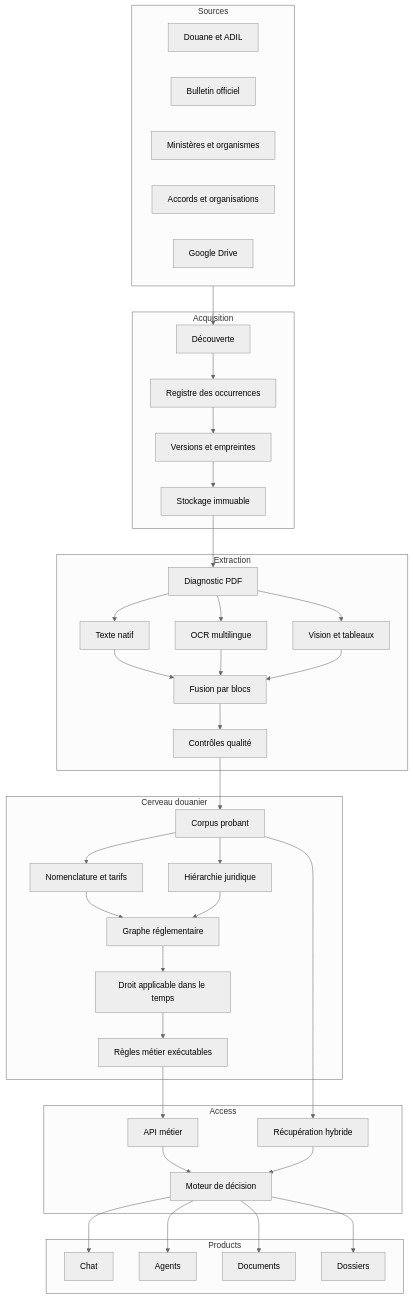
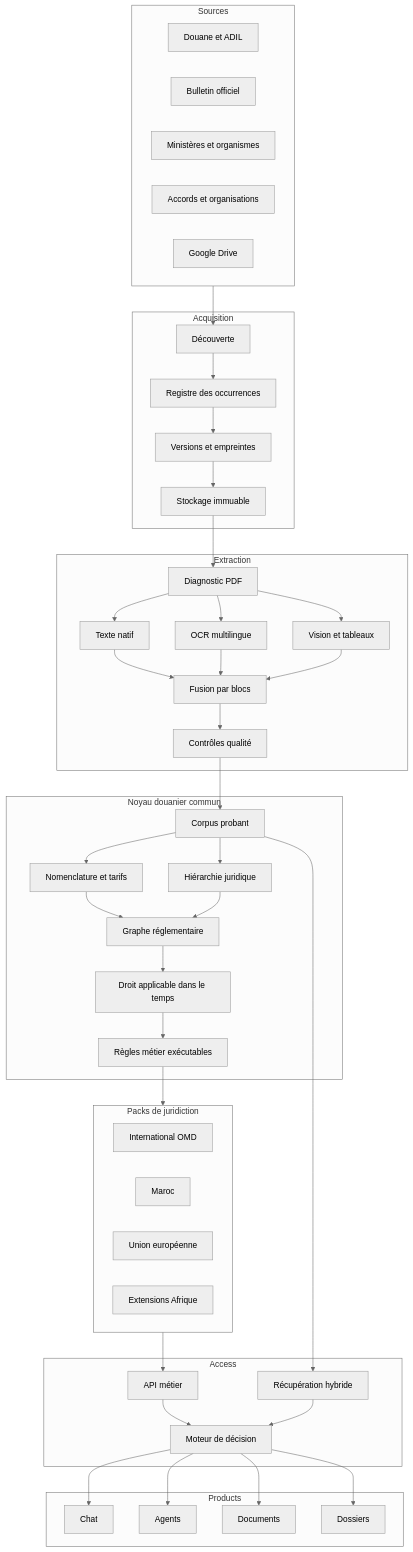
The diagram in docs/architecture/TARGET_ARCHITECTURE.md (madjid90/customs-companion-ai), drawn with Mermaid (neutral theme) before and after one commit. The commit also changed other lines of this file and 8 other files, not shown here.

Commit message:
Define country packs and plug-and-play brain architecture

````diff
--- a/docs/architecture/TARGET_ARCHITECTURE.md
+++ b/docs/architecture/TARGET_ARCHITECTURE.md
@@ -5,58 +5,65 @@
 ```mermaid
 flowchart TB
   subgraph Sources
     D[Douane et ADIL]
     BO[Bulletin officiel]
     M[Ministères et organismes]
     A[Accords et organisations]
     GD[Google Drive]
   end
   subgraph Acquisition
     DISC[Découverte]
     REG[Registre des occurrences]
     VER[Versions et empreintes]
     RAW[Stockage immuable]
   end
   subgraph Extraction
     PDF[Diagnostic PDF]
     TXT[Texte natif]
     OCR[OCR multilingue]
     VIS[Vision et tableaux]
     MERGE[Fusion par blocs]
     QA[Contrôles qualité]
   end
-  subgraph Brain["Cerveau douanier"]
+  subgraph Brain["Noyau douanier commun"]
     EVI[Corpus probant]
     HS[Nomenclature et tarifs]
     LAW[Hiérarchie juridique]
     GRAPH[Graphe réglementaire]
     TIME[Droit applicable dans le temps]
     RULES[Règles métier exécutables]
+  end
+  subgraph Packs["Packs de juridiction"]
+    INT[International OMD]
+    MA[Maroc]
+    EU[Union européenne]
+    AF[Extensions Afrique]
   end
   subgraph Access
     API[API métier]
     RET[Récupération hybride]
     DEC[Moteur de décision]
   end
   subgraph Products
     CHAT[Chat]
     AGENT[Agents]
     DOC[Documents]
     CASE[Dossiers]
   end
   Sources --> DISC --> REG --> VER --> RAW --> PDF
   PDF --> TXT --> MERGE
   PDF --> OCR --> MERGE
   PDF --> VIS --> MERGE
   MERGE --> QA --> EVI
   EVI --> HS
   EVI --> LAW
   HS --> GRAPH
   LAW --> GRAPH --> TIME --> RULES
-  RULES --> API --> DEC
+  RULES --> Packs
+  Packs --> API --> DEC
   EVI --> RET --> DEC
   DEC --> CHAT
   DEC --> AGENT
   DEC --> DOC
   DEC --> CASE
 ```
````
